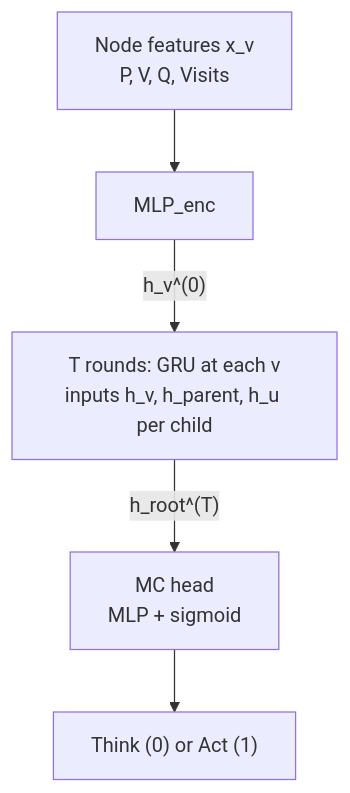
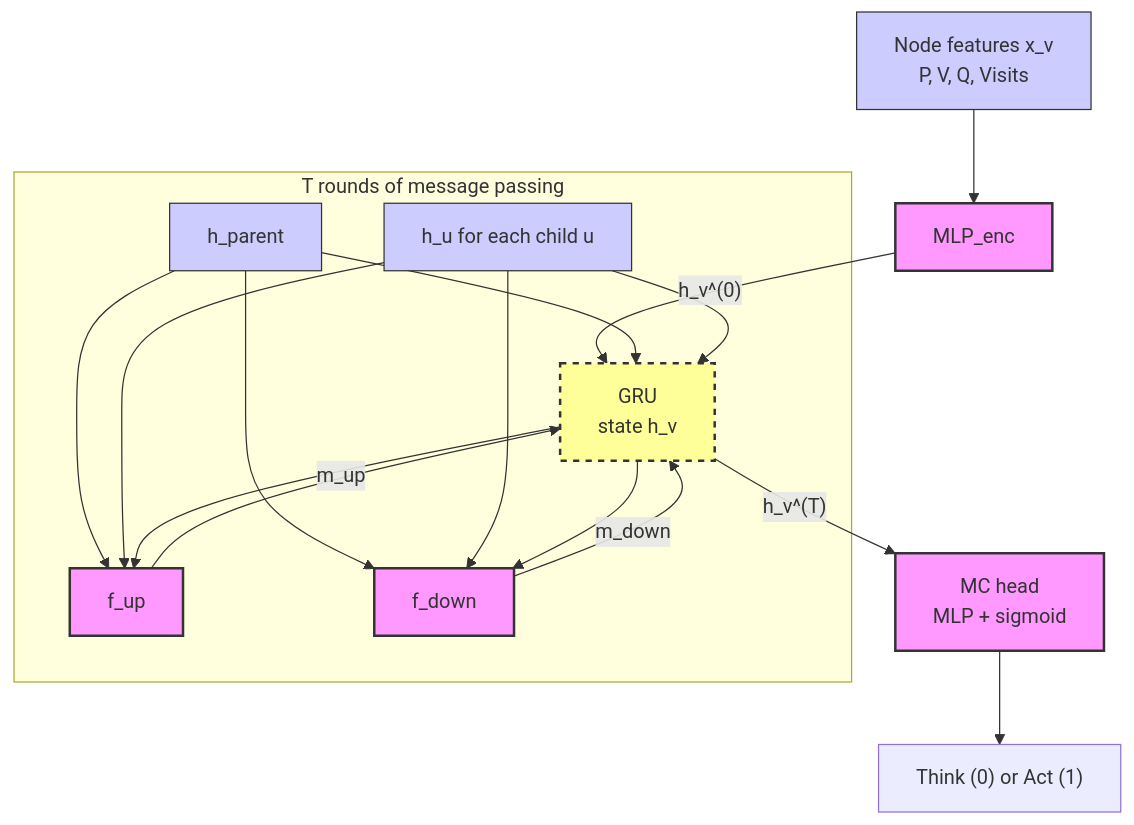
The third of 3 diagrams in project.md (WeiJiMaLab/chess_analysis), drawn with Mermaid before and after one commit. The commit also changed other lines of this file and 2 other files, not shown here.

````diff
--- a/project.md
+++ b/project.md
@@ -43,8 +72,37 @@
 ```mermaid
-flowchart TD
+graph TD
     Xv["Node features x_v<br/>P, V, Q, Visits"] --> MLP_Enc["MLP_enc"]
-    MLP_Enc -->|"h_v^(0)"| GRU_loop["T rounds: GRU at each v<br/>inputs h_v, h_parent, h_u per child"]
 
-    GRU_loop -->|"h_root^(T)"| DecisionHead["MC head<br/>MLP + sigmoid"]
+    MLP_Enc -->|"h_v^(0)"| GRU
+
+    subgraph "T rounds of message passing"
+        hp_in["h_parent"]
+        ch_in["h_u for each child u"]
+        GRU["GRU<br/>state h_v"]
+
+        fup2["f_up"]
+        fdn2["f_down"]
+
+        hp_in --> fup2
+        hp_in --> fdn2
+        ch_in --> fup2
+        ch_in --> fdn2
+        GRU --> fup2
+        GRU --> fdn2
+
+        fup2 -->|"m_up"| GRU
+        fdn2 -->|"m_down"| GRU
+        hp_in --> GRU
+        ch_in --> GRU
+    end
+
+    GRU -->|"h_v^(T)"| DecisionHead["MC head<br/>MLP + sigmoid"]
     DecisionHead --> Output["Think (0) or Act (1)"]
+
+    classDef process fill:#f9f,stroke:#333,stroke-width:2px;
+    classDef memory fill:#ff9,stroke:#333,stroke-width:2px,stroke-dasharray: 5 5;
+    classDef input fill:#ccf,stroke:#333,stroke-width:1px;
+    class GRU memory;
+    class MLP_Enc,fup2,fdn2,DecisionHead process;
+    class Xv,hp_in,ch_in input;
 ```
````
